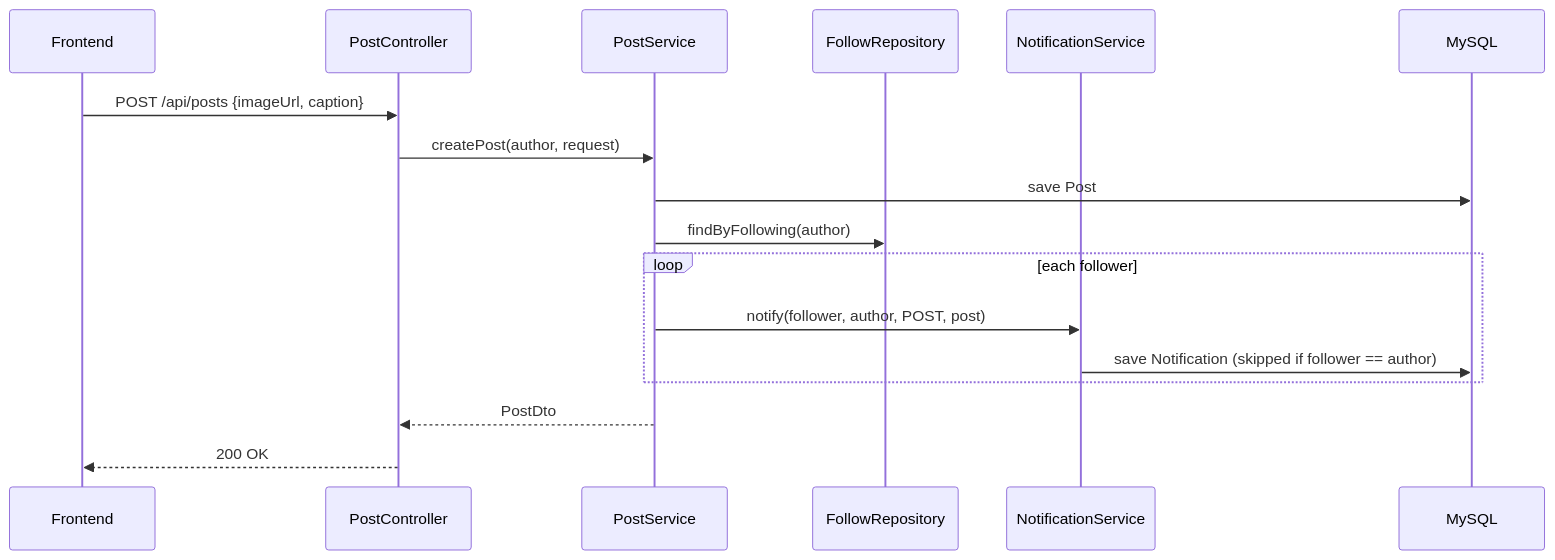
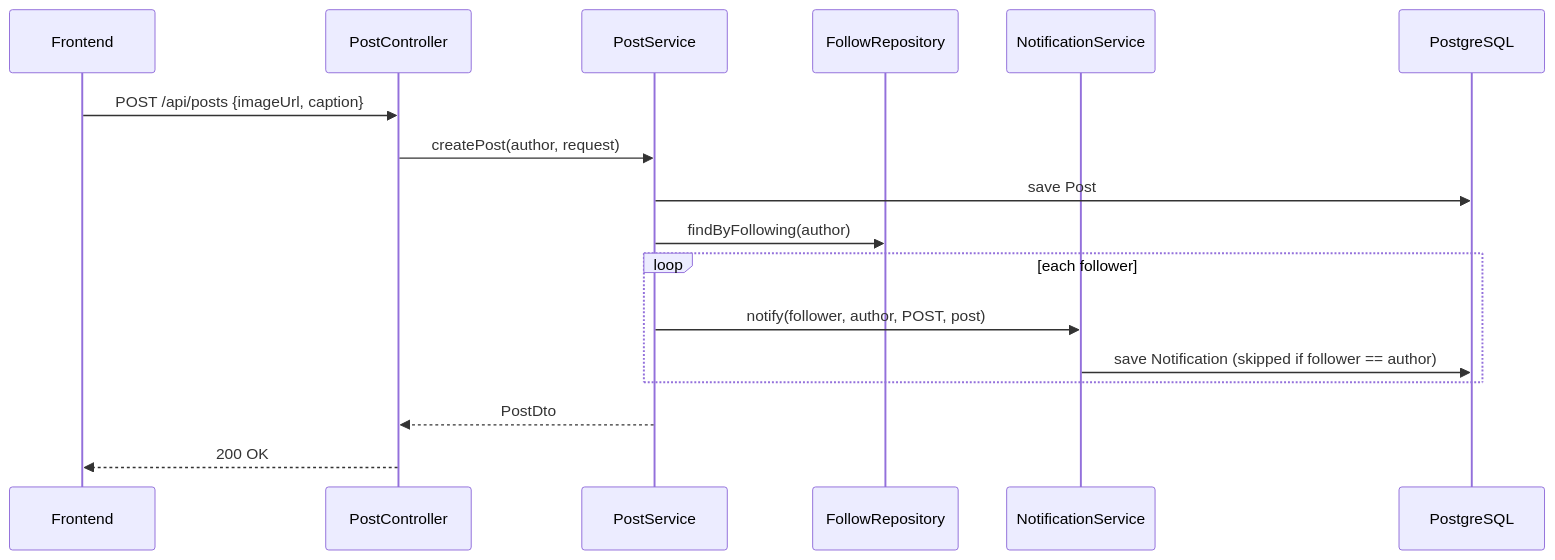
One commit to kanchamvamshikrishna/SocialMedia changed the fifth of 7 diagrams in ARCHITECTURE.md. Above: the diagram before and after it, drawn with Mermaid. The commit also changed other lines of this file and 3 other files, not shown here.

First line of the commit message:
Migrate database from MySQL to PostgreSQL

````diff
--- a/ARCHITECTURE.md
+++ b/ARCHITECTURE.md
@@ -291,20 +291,20 @@
 ```mermaid
 sequenceDiagram
     participant F as Frontend
     participant PC as PostController
     participant PS as PostService
     participant FR as FollowRepository
     participant NS as NotificationService
-    participant DB as MySQL
+    participant DB as PostgreSQL
 
     F->>PC: POST /api/posts {imageUrl, caption}
     PC->>PS: createPost(author, request)
     PS->>DB: save Post
     PS->>FR: findByFollowing(author)
     loop each follower
         PS->>NS: notify(follower, author, POST, post)
         NS->>DB: save Notification (skipped if follower == author)
     end
     PS-->>PC: PostDto
     PC-->>F: 200 OK
 ```
````
